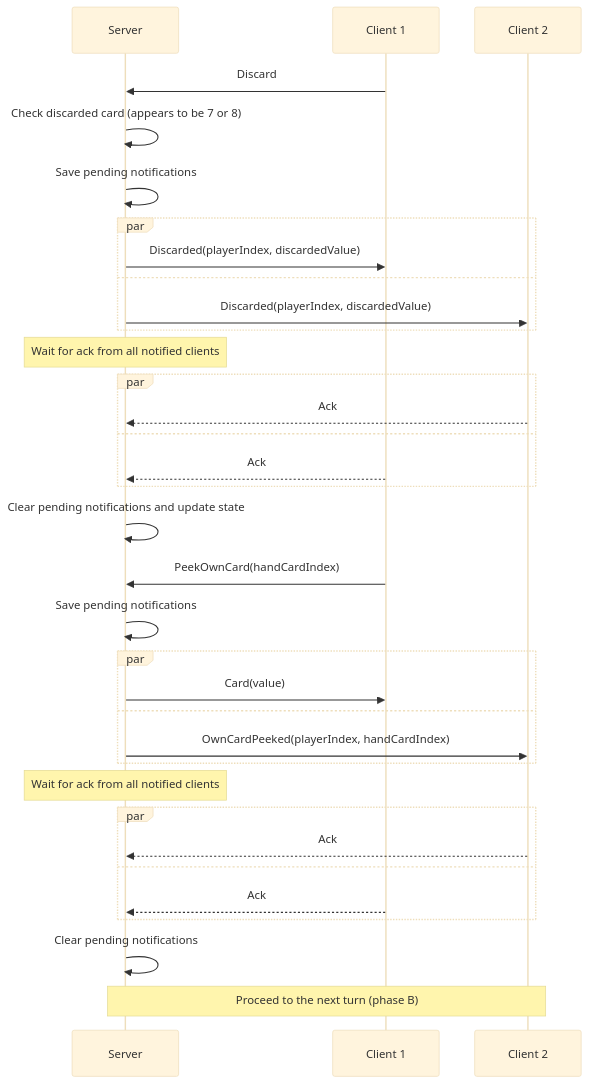
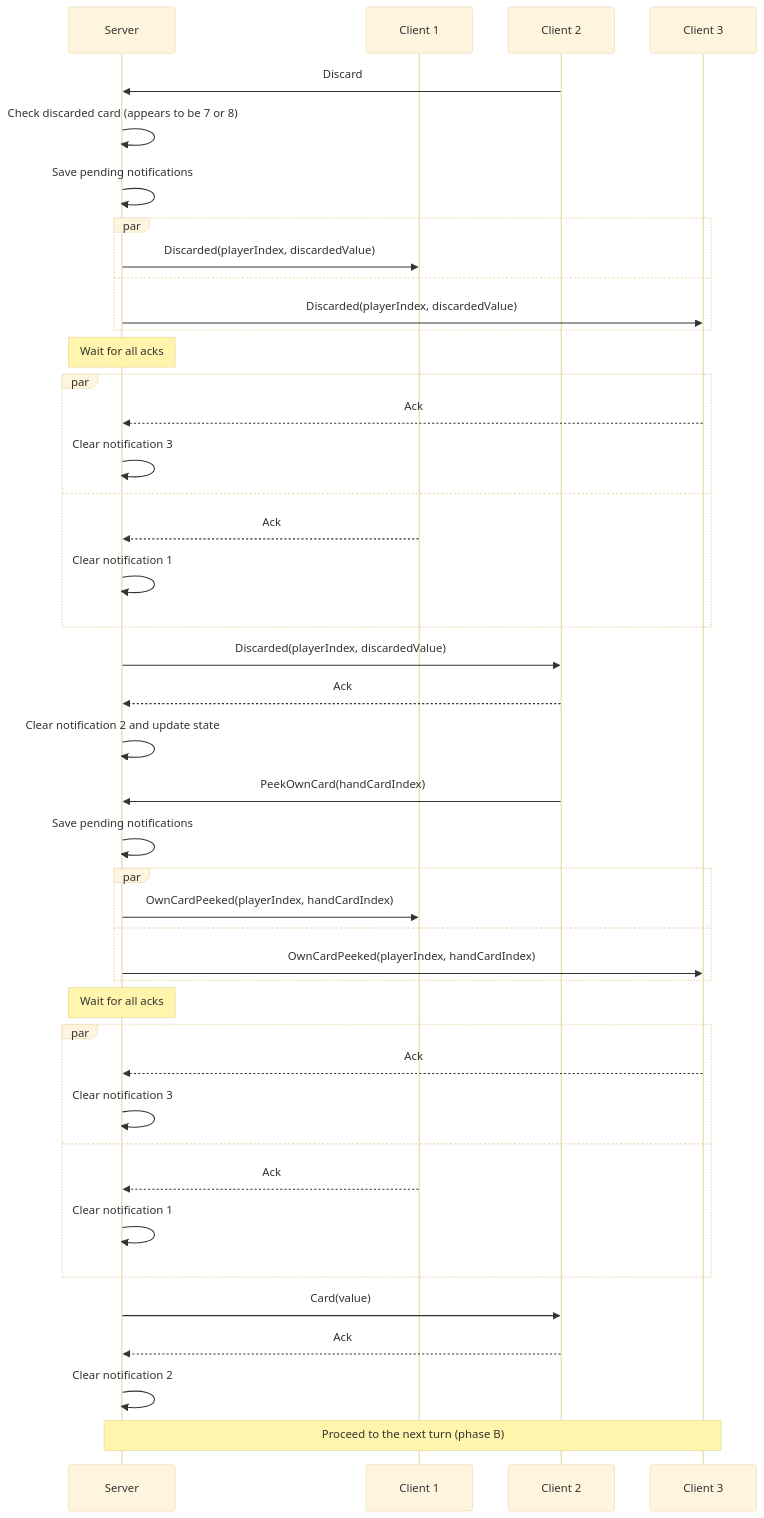
Before and after one commit to roman-zubarevich/another: diagram 11 of 15 in README.md, drawn with Mermaid (base theme). The commit also changed other lines of this file, not shown here.

````diff
--- a/README.md
+++ b/README.md
@@ -261,36 +308,45 @@
 ```mermaid
 sequenceDiagram
     participant S as Server
     participant C1 as Client 1
     participant C2 as Client 2
-    C1->>S: Discard
+    participant C3 as Client 3
+    C2->>S: Discard
     S->>S: Check discarded card (appears to be 7 or 8)
     S->>S: Save pending notifications
     par
         S->>C1: Discarded(playerIndex, discardedValue)
     and
-        S->>C2: Discarded(playerIndex, discardedValue)
+        S->>C3: Discarded(playerIndex, discardedValue)
     end
-    Note over S: Wait for ack from all notified clients
+    Note over S: Wait for all acks
     par
-        C2-->>S: Ack
+        C3-->>S: Ack
+        S->>S: Clear notification 3
     and
         C1-->>S: Ack
+        S->>S: Clear notification 1
     end
-    S->>S: Clear pending notifications and update state
-    C1->>S: PeekOwnCard(handCardIndex)
+    S->>C2: Discarded(playerIndex, discardedValue)
+    C2-->>S: Ack
+    S->>S: Clear notification 2 and update state
+    C2->>S: PeekOwnCard(handCardIndex)
     S->>S: Save pending notifications
     par
-        S->>C1: Card(value)
+        S->>C1: OwnCardPeeked(playerIndex, handCardIndex)
     and
-        S->>C2: OwnCardPeeked(playerIndex, handCardIndex)
+        S->>C3: OwnCardPeeked(playerIndex, handCardIndex)
     end
-    Note over S: Wait for ack from all notified clients
+    Note over S: Wait for all acks
     par
-        C2-->>S: Ack
+        C3-->>S: Ack
+        S->>S: Clear notification 3
     and
         C1-->>S: Ack
+        S->>S: Clear notification 1
     end
-    S->>S: Clear pending notifications
-    Note over S,C2: Proceed to the next turn (phase B)
+    S->>C2: Card(value)
+    C2-->>S: Ack
+    S->>S: Clear notification 2
+    Note over S,C3: Proceed to the next turn (phase B)
 ```
````
